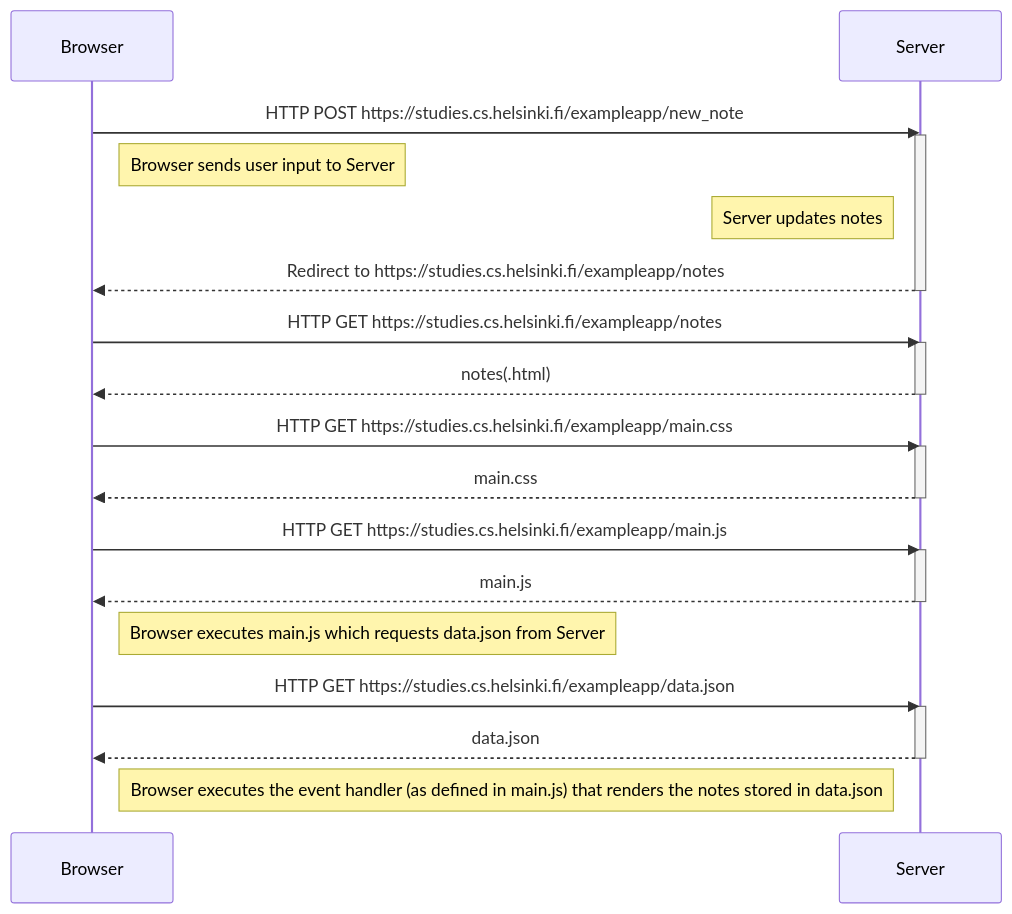
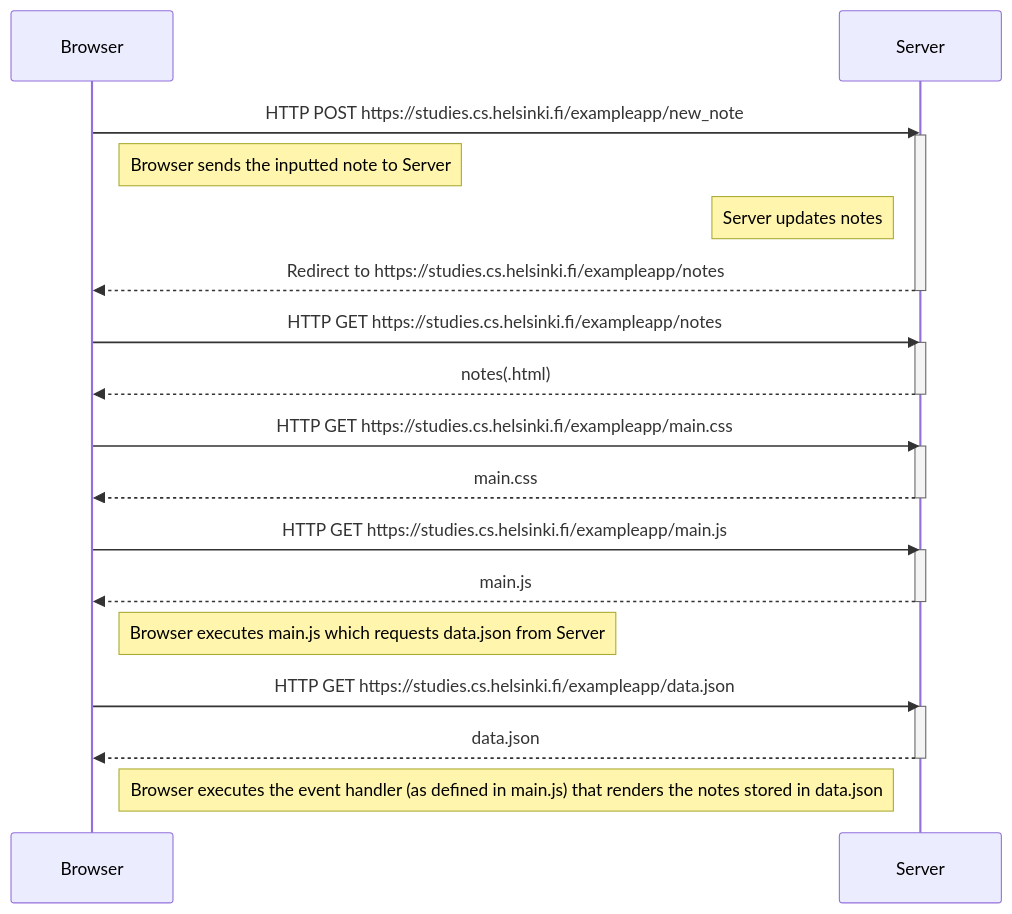
One commit to gvnlm/full-stack-open-solutions changed the first of 3 diagrams in part0/README.md. Above: the diagram before and after it, drawn with Mermaid. The commit also changed other lines of this file, not shown here.

````diff
--- a/part0/README.md
+++ b/part0/README.md
@@ -3,36 +3,36 @@
 ```mermaid
 sequenceDiagram
     participant Browser
     participant Server
 
     Browser->>Server: HTTP POST https://studies.cs.helsinki.fi/exampleapp/new_note
     activate Server
-    note right of Browser: Browser sends user input to Server
+    note right of Browser: Browser sends the inputted note to Server
     note left of Server: Server updates notes
     Server-->>Browser: Redirect to https://studies.cs.helsinki.fi/exampleapp/notes
     deactivate Server
 
     
     
     Browser->>Server: HTTP GET https://studies.cs.helsinki.fi/exampleapp/notes
     activate Server
     Server-->>Browser: notes(.html)
     deactivate Server
 
     Browser->>Server: HTTP GET https://studies.cs.helsinki.fi/exampleapp/main.css
     activate Server
     Server-->>Browser: main.css
     deactivate Server
 
     Browser->>Server: HTTP GET https://studies.cs.helsinki.fi/exampleapp/main.js
     activate Server
     Server-->>Browser: main.js
     deactivate Server
     note right of Browser: Browser executes main.js which requests data.json from Server
 
     Browser->>Server: HTTP GET https://studies.cs.helsinki.fi/exampleapp/data.json
     activate Server
     Server-->>Browser: data.json
     deactivate Server
     note right of Browser: Browser executes the event handler (as defined in main.js) that renders the notes stored in data.json
 ```
````
